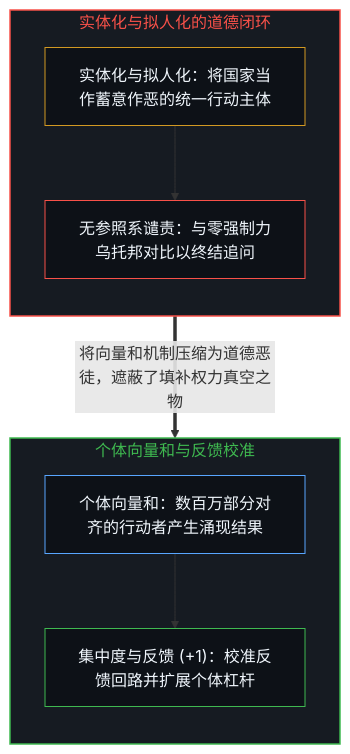
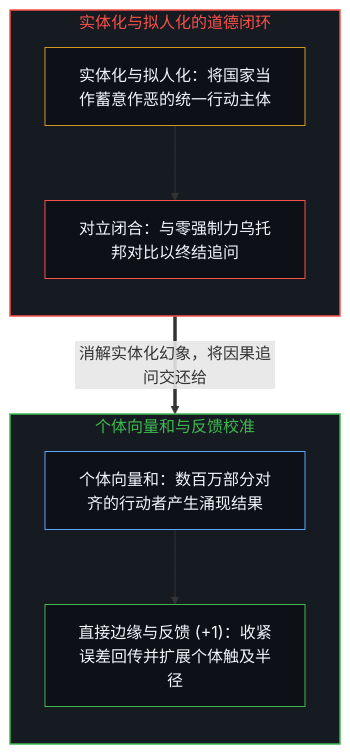
The first of 2 diagrams in content/posts/mises-state-analysis.md (powerpig99/not-a-toe), drawn with Mermaid before and after one commit. The commit also changed other lines of this file and 7 other files, not shown here.

````diff
--- a/content/posts/mises-state-analysis.md
+++ b/content/posts/mises-state-analysis.md
@@ -17,22 +17,22 @@
 ```mermaid
 flowchart TD
     subgraph S_Reify["实体化与拟人化的道德闭环"]
         direction TB
         Entity["实体化与拟人化：将国家当作蓄意作恶的统一行动主体"]
-        Utopia["无参照系谴责：与零强制力乌托邦对比以终结追问"]
+        Utopia["对立闭合：与零强制力乌托邦对比以终结追问"]
         Entity --> Utopia
     end
     subgraph S_Vector["个体向量和与反馈校准"]
         direction TB
         Sum["个体向量和：数百万部分对齐的行动者产生涌现结果"]
-        Feedback["集中度与反馈 (+1)：校准反馈回路并扩展个体杠杆"]
+        Feedback["直接边缘与反馈 (+1)：收紧误差回传并扩展个体触及半径"]
         Sum --> Feedback
     end
-    Utopia ==>|"将向量和机制压缩为道德恶徒，遮蔽了填补权力真空之物"| Sum
+    Utopia ==>|"消解实体化幻象，将因果追问交还给"| Sum
     style S_Reify fill:#161b22,stroke:#f85149,stroke-width:1.5px,color:#f85149
     style S_Vector fill:#161b22,stroke:#3fb950,stroke-width:1.5px,color:#3fb950
     style Entity fill:#0d1117,stroke:#d29922,stroke-width:1px,color:#f0f6fc
     style Utopia fill:#0d1117,stroke:#f85149,stroke-width:1px,color:#f0f6fc
     style Sum fill:#0d1117,stroke:#58a6ff,stroke-width:1px,color:#f0f6fc
     style Feedback fill:#0d1117,stroke:#3fb950,stroke-width:1px,color:#f0f6fc
 ```
````
